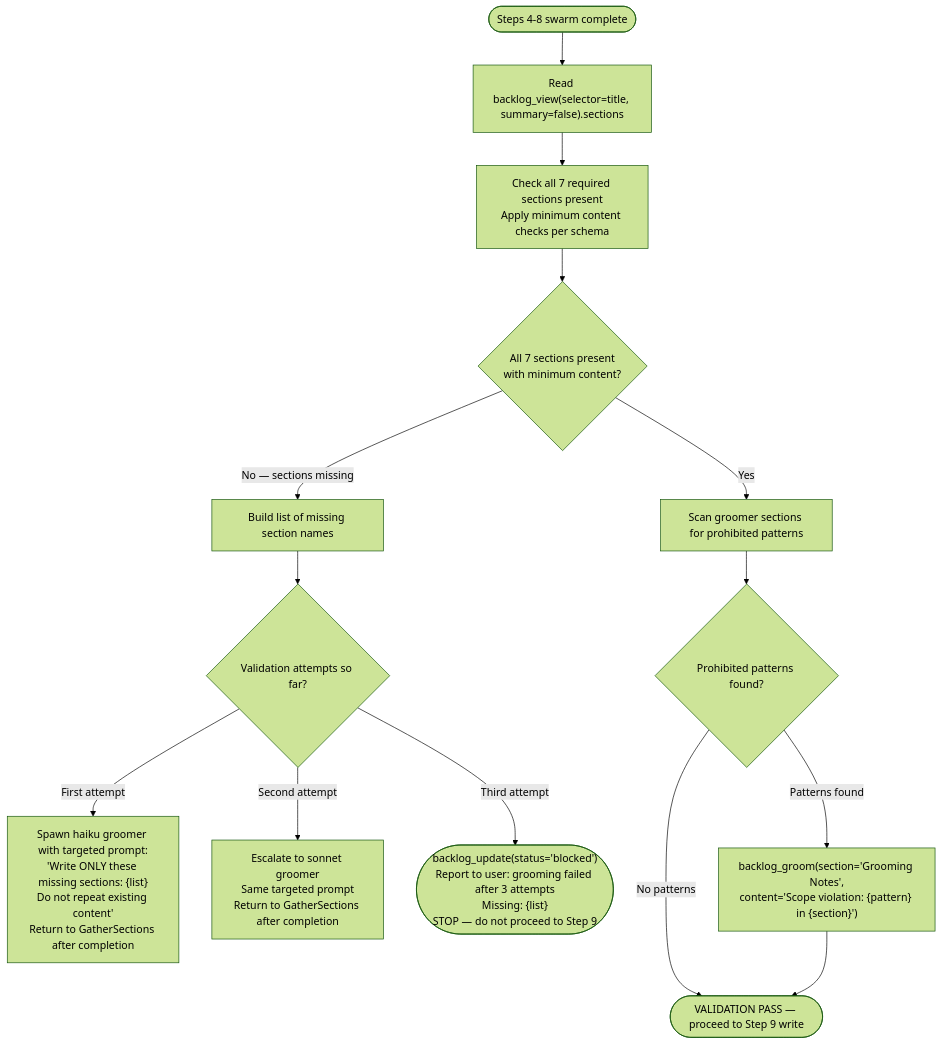
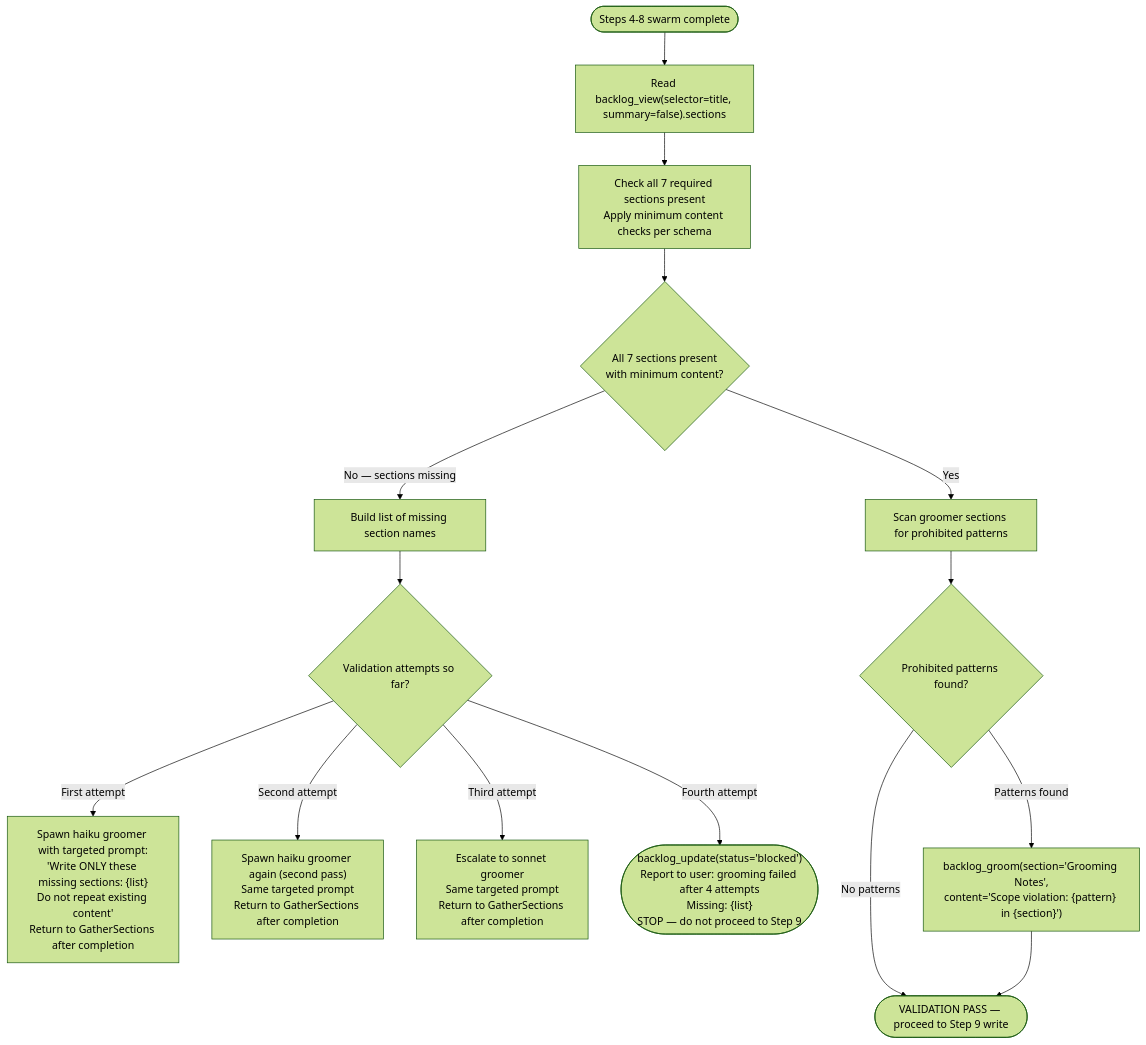
One commit to chgreer1070/claude_skills changed the diagram in plugins/development-harness/skills/groom-backlog-item/references/groomer-output-validation.md. Above: the diagram before and after it, drawn with Mermaid (forest theme). The commit also changed 6 other files, not shown here.

````diff
--- a/plugins/development-harness/skills/groom-backlog-item/references/groomer-output-validation.md
+++ b/plugins/development-harness/skills/groom-backlog-item/references/groomer-output-validation.md
@@ -61,19 +61,20 @@
 ```mermaid
 flowchart TD
     SwarmComplete(["Steps 4-8 swarm complete"]) --> GatherSections["Read backlog_view(selector=title, summary=false).sections"]
 
     GatherSections --> PresenceCheck["Check all 7 required sections present<br>Apply minimum content checks per schema"]
     PresenceCheck --> PresenceResult{"All 7 sections present<br>with minimum content?"}
 
     PresenceResult -->|"Yes"| ScopeCheck["Scan groomer sections for prohibited patterns"]
     PresenceResult -->|"No — sections missing"| MissingList["Build list of missing section names"]
     MissingList --> AttemptCount{"Validation attempts so far?"}
-    AttemptCount -->|"First attempt"| RetryHaiku["Spawn haiku groomer with targeted prompt:<br>'Write ONLY these missing sections: {list}<br>Do not repeat existing content'<br>Return to GatherSections after completion"]
-    AttemptCount -->|"Second attempt"| RetrySonnet["Escalate to sonnet groomer<br>Same targeted prompt<br>Return to GatherSections after completion"]
-    AttemptCount -->|"Third attempt"| Blocked(["backlog_update(status='blocked')<br>Report to user: grooming failed after 3 attempts<br>Missing: {list}<br>STOP — do not proceed to Step 9"])
+    AttemptCount -->|"First attempt"| RetryHaiku1["Spawn haiku groomer with targeted prompt:<br>'Write ONLY these missing sections: {list}<br>Do not repeat existing content'<br>Return to GatherSections after completion"]
+    AttemptCount -->|"Second attempt"| RetryHaiku2["Spawn haiku groomer again (second pass)<br>Same targeted prompt<br>Return to GatherSections after completion"]
+    AttemptCount -->|"Third attempt"| RetrySonnet["Escalate to sonnet groomer<br>Same targeted prompt<br>Return to GatherSections after completion"]
+    AttemptCount -->|"Fourth attempt"| Blocked(["backlog_update(status='blocked')<br>Report to user: grooming failed after 4 attempts<br>Missing: {list}<br>STOP — do not proceed to Step 9"])
 
     ScopeCheck --> ScopeResult{"Prohibited patterns found?"}
     ScopeResult -->|"No patterns"| ValidationPass(["VALIDATION PASS — proceed to Step 9 write"])
     ScopeResult -->|"Patterns found"| ScopeReport["backlog_groom(section='Grooming Notes',<br>content='Scope violation: {pattern} in {section}')"]
     ScopeReport --> ValidationPass
 ```
````
